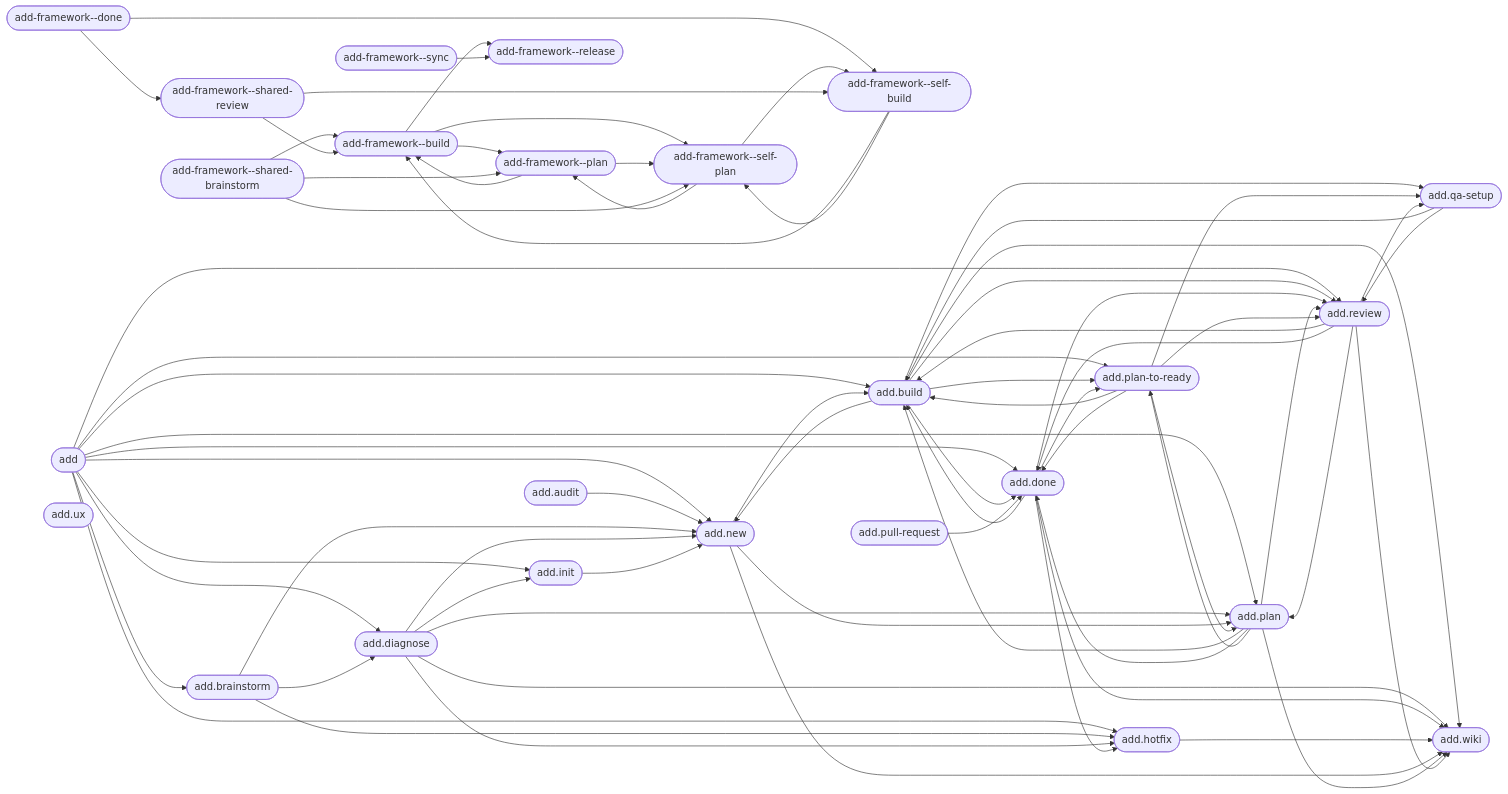
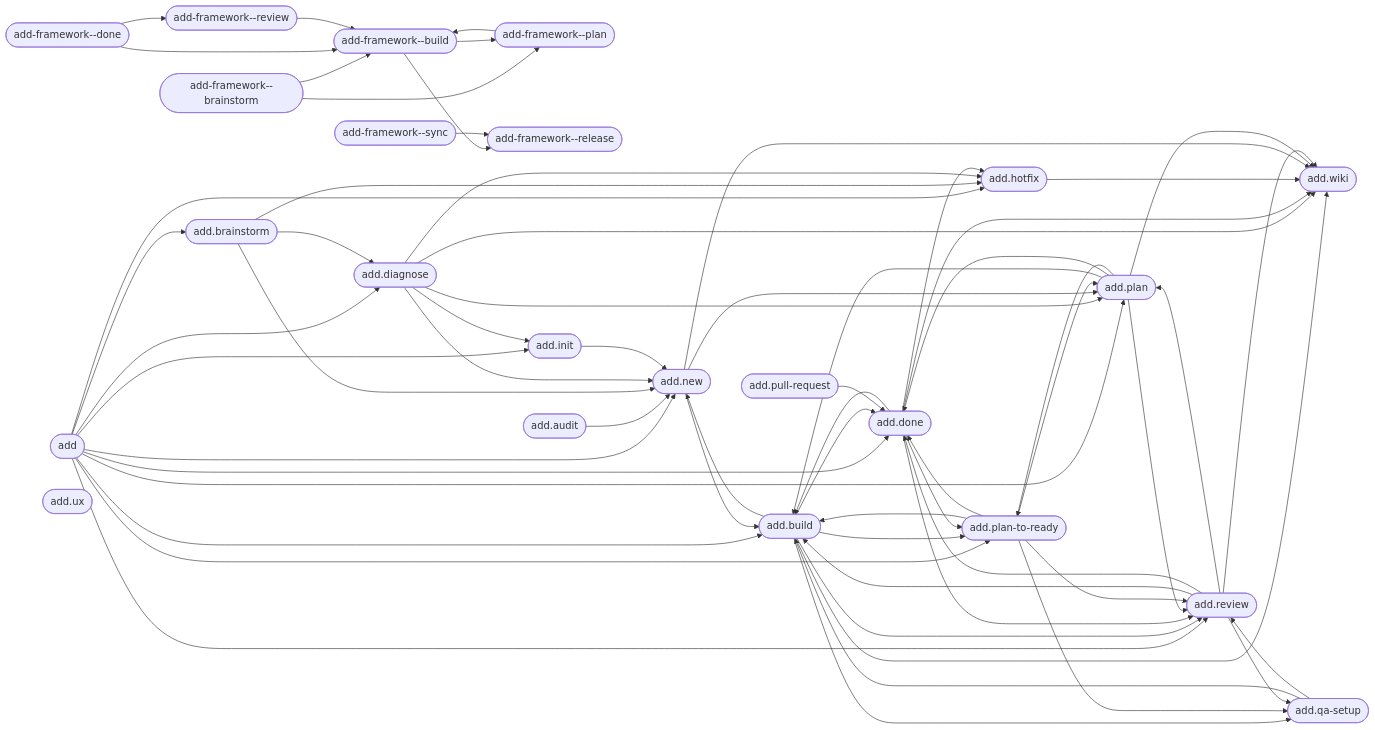
One commit to brabos-ai/code-addiction changed the diagram in web/public/artefact-graph.mmd. Above: the diagram before and after it, drawn with Mermaid. The commit also changed 1 other file, not shown here.

Commit message:
test(cli): update the graph assertions the command merge invalidated
Three assertions and one checked-in artefact encoded internal-layer facts this
delivery changed, so CI was red on correct work:

- the node inventory snapshot: 25 to 23 commands, 44 to 48 skills, 69 to 70
  references, 208 to 211 nodes, 97 to 99 declaring a uses: block;
- the /add-framework--done CI-gate test looped over a .opencode/ adapter that no
  longer exists, so it now reads the single .claude/ copy;
- web/public/artefact-graph.mmd regenerated from the current graph.

Each number carries the reason above it, per the rule that a test encoding a
replaced fact is updated and explained, never deleted.

F-Block: F14
Claude-Session: https://claude.ai/code/session_01KbfdZWNCFDqw27PgEcbY5k

```diff
--- a/web/public/artefact-graph.mmd
+++ b/web/public/artefact-graph.mmd
@@ -1,96 +1,86 @@
 flowchart LR
+    n_internal_command_add_framework__brainstorm(["add-framework--brainstorm"])
     n_internal_command_add_framework__build(["add-framework--build"])
     n_internal_command_add_framework__done(["add-framework--done"])
     n_internal_command_add_framework__plan(["add-framework--plan"])
     n_internal_command_add_framework__release(["add-framework--release"])
-    n_internal_command_add_framework__self_build(["add-framework--self-build"])
-    n_internal_command_add_framework__self_plan(["add-framework--self-plan"])
-    n_internal_command_add_framework__shared_brainstorm(["add-framework--shared-brainstorm"])
-    n_internal_command_add_framework__shared_review(["add-framework--shared-review"])
+    n_internal_command_add_framework__review(["add-framework--review"])
     n_internal_command_add_framework__sync(["add-framework--sync"])
     n_product_command_add(["add"])
     n_product_command_add_audit(["add.audit"])
     n_product_command_add_brainstorm(["add.brainstorm"])
     n_product_command_add_build(["add.build"])
     n_product_command_add_diagnose(["add.diagnose"])
     n_product_command_add_done(["add.done"])
     n_product_command_add_hotfix(["add.hotfix"])
     n_product_command_add_init(["add.init"])
     n_product_command_add_new(["add.new"])
     n_product_command_add_plan(["add.plan"])
     n_product_command_add_plan_to_ready(["add.plan-to-ready"])
     n_product_command_add_pull_request(["add.pull-request"])
     n_product_command_add_qa_setup(["add.qa-setup"])
     n_product_command_add_review(["add.review"])
     n_product_command_add_ux(["add.ux"])
     n_product_command_add_wiki(["add.wiki"])
+    n_internal_command_add_framework__brainstorm --> n_internal_command_add_framework__build
+    n_internal_command_add_framework__brainstorm --> n_internal_command_add_framework__plan
     n_internal_command_add_framework__build --> n_internal_command_add_framework__plan
     n_internal_command_add_framework__build --> n_internal_command_add_framework__release
-    n_internal_command_add_framework__build --> n_internal_command_add_framework__self_plan
-    n_internal_command_add_framework__done --> n_internal_command_add_framework__self_build
-    n_internal_command_add_framework__done --> n_internal_command_add_framework__shared_review
+    n_internal_command_add_framework__done --> n_internal_command_add_framework__build
+    n_internal_command_add_framework__done --> n_internal_command_add_framework__review
     n_internal_command_add_framework__plan --> n_internal_command_add_framework__build
-    n_internal_command_add_framework__plan --> n_internal_command_add_framework__self_plan
-    n_internal_command_add_framework__self_build --> n_internal_command_add_framework__build
-    n_internal_command_add_framework__self_build --> n_internal_command_add_framework__self_plan
-    n_internal_command_add_framework__self_plan --> n_internal_command_add_framework__plan
-    n_internal_command_add_framework__self_plan --> n_internal_command_add_framework__self_build
-    n_internal_command_add_framework__shared_brainstorm --> n_internal_command_add_framework__build
-    n_internal_command_add_framework__shared_brainstorm --> n_internal_command_add_framework__plan
-    n_internal_command_add_framework__shared_brainstorm --> n_internal_command_add_framework__self_plan
-    n_internal_command_add_framework__shared_review --> n_internal_command_add_framework__build
-    n_internal_command_add_framework__shared_review --> n_internal_command_add_framework__self_build
+    n_internal_command_add_framework__review --> n_internal_command_add_framework__build
     n_internal_command_add_framework__sync --> n_internal_command_add_framework__release
     n_product_command_add --> n_product_command_add_brainstorm
     n_product_command_add --> n_product_command_add_build
     n_product_command_add --> n_product_command_add_diagnose
     n_product_command_add --> n_product_command_add_done
     n_product_command_add --> n_product_command_add_hotfix
     n_product_command_add --> n_product_command_add_init
     n_product_command_add --> n_product_command_add_new
     n_product_command_add --> n_product_command_add_plan
     n_product_command_add --> n_product_command_add_plan_to_ready
     n_product_command_add --> n_product_command_add_review
     n_product_command_add_audit --> n_product_command_add_new
     n_product_command_add_brainstorm --> n_product_command_add_diagnose
     n_product_command_add_brainstorm --> n_product_command_add_hotfix
     n_product_command_add_brainstorm --> n_product_command_add_new
     n_product_command_add_build --> n_product_command_add_done
     n_product_command_add_build --> n_product_command_add_new
     n_product_command_add_build --> n_product_command_add_plan_to_ready
     n_product_command_add_build --> n_product_command_add_qa_setup
     n_product_command_add_build --> n_product_command_add_review
     n_product_command_add_build --> n_product_command_add_wiki
     n_product_command_add_diagnose --> n_product_command_add_hotfix
     n_product_command_add_diagnose --> n_product_command_add_init
     n_product_command_add_diagnose --> n_product_command_add_new
     n_product_command_add_diagnose --> n_product_command_add_plan
     n_product_command_add_diagnose --> n_product_command_add_wiki
     n_product_command_add_done --> n_product_command_add_build
     n_product_command_add_done --> n_product_command_add_hotfix
     n_product_command_add_done --> n_product_command_add_plan_to_ready
     n_product_command_add_done --> n_product_command_add_review
     n_product_command_add_done --> n_product_command_add_wiki
     n_product_command_add_hotfix --> n_product_command_add_wiki
     n_product_command_add_init --> n_product_command_add_new
     n_product_command_add_new --> n_product_command_add_build
     n_product_command_add_new --> n_product_command_add_plan
     n_product_command_add_new --> n_product_command_add_wiki
     n_product_command_add_plan --> n_product_command_add_build
     n_product_command_add_plan --> n_product_command_add_done
     n_product_command_add_plan --> n_product_command_add_plan_to_ready
     n_product_command_add_plan --> n_product_command_add_review
     n_product_command_add_plan --> n_product_command_add_wiki
     n_product_command_add_plan_to_ready --> n_product_command_add_build
     n_product_command_add_plan_to_ready --> n_product_command_add_done
     n_product_command_add_plan_to_ready --> n_product_command_add_plan
     n_product_command_add_plan_to_ready --> n_product_command_add_qa_setup
     n_product_command_add_plan_to_ready --> n_product_command_add_review
     n_product_command_add_pull_request --> n_product_command_add_done
     n_product_command_add_qa_setup --> n_product_command_add_build
     n_product_command_add_qa_setup --> n_product_command_add_review
     n_product_command_add_review --> n_product_command_add_build
     n_product_command_add_review --> n_product_command_add_done
     n_product_command_add_review --> n_product_command_add_plan
     n_product_command_add_review --> n_product_command_add_qa_setup
     n_product_command_add_review --> n_product_command_add_wiki
```
